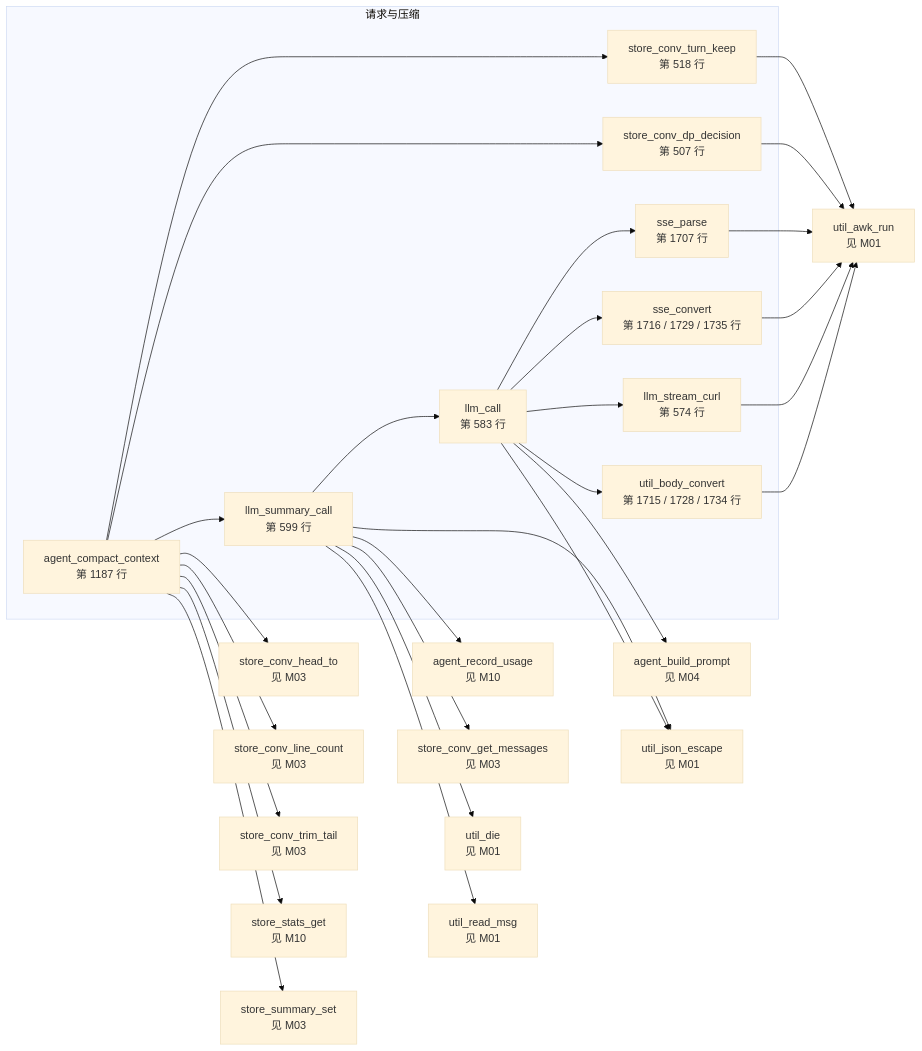
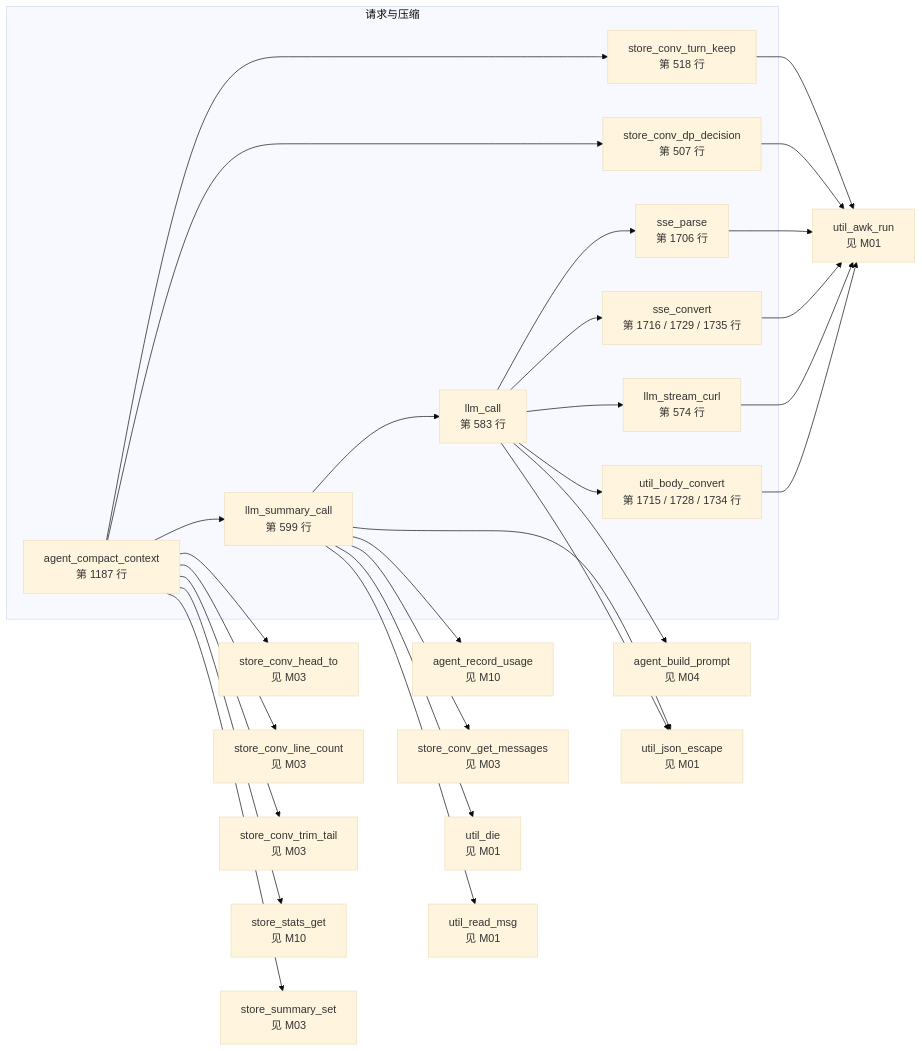
One commit to lloydzhou/bash-agent changed the eighth of 15 diagrams in docs/bash-data-flow.md. Above: the diagram before and after it, drawn with Mermaid (base theme). The commit also changed other lines of this file and 1 other file, not shown here.

````diff
--- a/docs/bash-data-flow.md
+++ b/docs/bash-data-flow.md
@@ -274,52 +274,52 @@
 ```mermaid
 flowchart LR
   subgraph mod_6["请求与压缩"]
     f_llm_call["llm_call<br/>第 583 行"]
     f_util_body_convert["util_body_convert<br/>第 1715 / 1728 / 1734 行"]
     f_llm_stream_curl["llm_stream_curl<br/>第 574 行"]
     f_sse_convert["sse_convert<br/>第 1716 / 1729 / 1735 行"]
-    f_sse_parse["sse_parse<br/>第 1707 行"]
+    f_sse_parse["sse_parse<br/>第 1706 行"]
     f_llm_summary_call["llm_summary_call<br/>第 599 行"]
     f_agent_compact_context["agent_compact_context<br/>第 1187 行"]
     f_store_conv_dp_decision["store_conv_dp_decision<br/>第 507 行"]
     f_store_conv_turn_keep["store_conv_turn_keep<br/>第 518 行"]
   end
   f_agent_build_prompt["agent_build_prompt<br/>见 M04"]
   f_agent_record_usage["agent_record_usage<br/>见 M10"]
   f_store_conv_get_messages["store_conv_get_messages<br/>见 M03"]
   f_store_conv_head_to["store_conv_head_to<br/>见 M03"]
   f_store_conv_line_count["store_conv_line_count<br/>见 M03"]
   f_store_conv_trim_tail["store_conv_trim_tail<br/>见 M03"]
   f_store_stats_get["store_stats_get<br/>见 M10"]
   f_store_summary_set["store_summary_set<br/>见 M03"]
   f_util_awk_run["util_awk_run<br/>见 M01"]
   f_util_die["util_die<br/>见 M01"]
   f_util_json_escape["util_json_escape<br/>见 M01"]
   f_util_read_msg["util_read_msg<br/>见 M01"]
   f_llm_call --> f_agent_build_prompt
   f_llm_call --> f_util_json_escape
   f_llm_call --> f_util_body_convert
   f_llm_call --> f_llm_stream_curl
   f_llm_call --> f_sse_convert
   f_llm_call --> f_sse_parse
   f_util_body_convert --> f_util_awk_run
   f_llm_stream_curl --> f_util_awk_run
   f_sse_convert --> f_util_awk_run
   f_sse_parse --> f_util_awk_run
   f_llm_summary_call --> f_store_conv_get_messages
   f_llm_summary_call --> f_util_json_escape
   f_llm_summary_call --> f_util_read_msg
   f_llm_summary_call --> f_llm_call
   f_llm_summary_call --> f_agent_record_usage
   f_llm_summary_call --> f_util_die
   f_agent_compact_context --> f_store_conv_dp_decision
   f_agent_compact_context --> f_store_stats_get
   f_agent_compact_context --> f_store_conv_line_count
   f_agent_compact_context --> f_store_conv_turn_keep
   f_agent_compact_context --> f_store_conv_head_to
   f_agent_compact_context --> f_llm_summary_call
   f_agent_compact_context --> f_store_summary_set
   f_agent_compact_context --> f_store_conv_trim_tail
   f_store_conv_dp_decision --> f_util_awk_run
   f_store_conv_turn_keep --> f_util_awk_run
 ```
````
